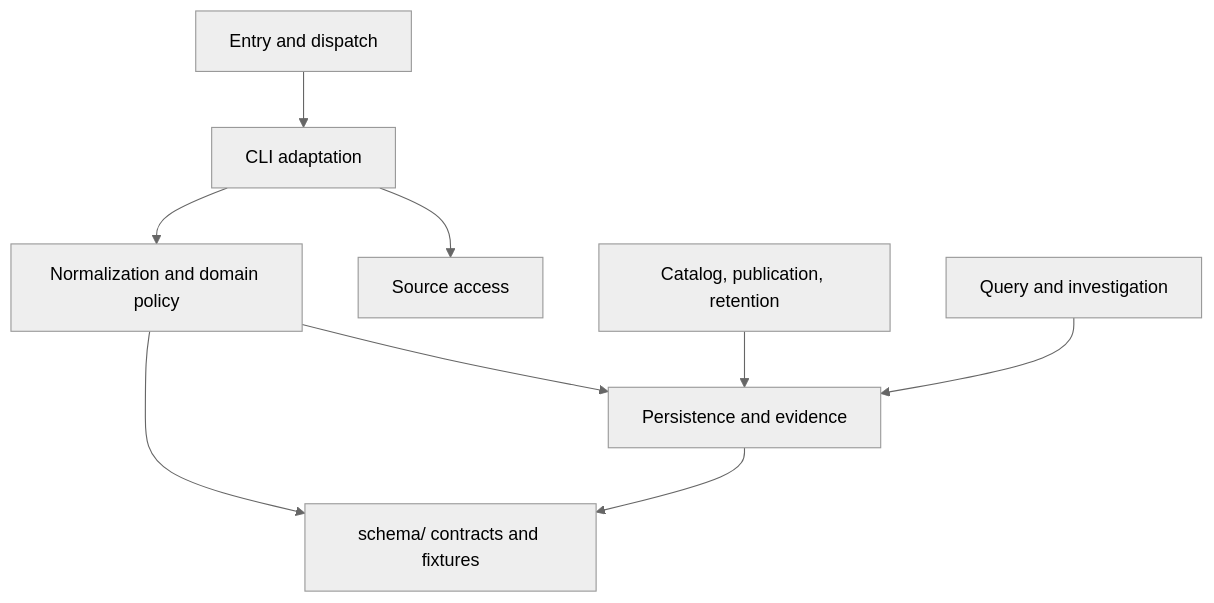
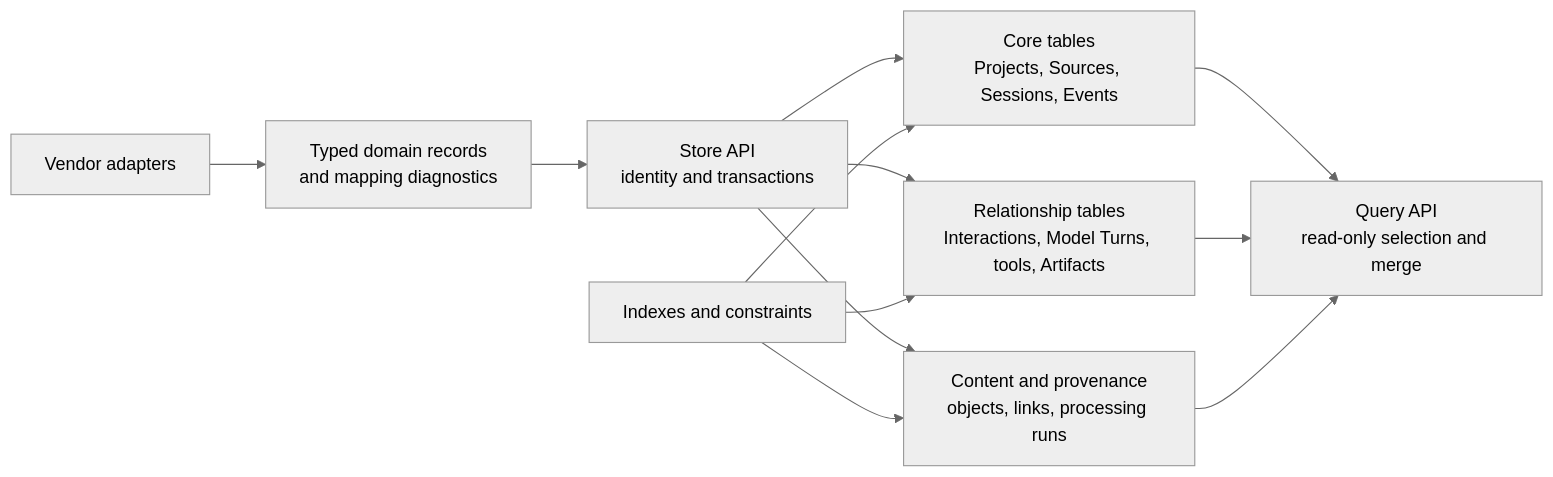
Before and after one commit to fear-ai/codess: the second of 2 diagrams in CoPlan.md, drawn with Mermaid (neutral theme). The commit also changed other lines of this file and 12 other files, not shown here.

````diff
--- a/CoPlan.md
+++ b/CoPlan.md
@@ -125,20 +112,22 @@
 ```mermaid
-flowchart TB
-    Entry["Entry and dispatch"]
-    CLI["CLI adaptation"]
-    Source["Source access"]
-    Domain["Normalization and domain policy"]
-    Persistence["Persistence and evidence"]
-    Admin["Catalog, publication, retention"]
-    Research["Query and investigation"]
-    Contracts["schema/ contracts and fixtures"]
+flowchart LR
+    Adapter["Vendor adapters"]
+    Domain["Typed domain records<br/>and mapping diagnostics"]
+    Writer["Store API<br/>identity and transactions"]
+    Core["Core tables<br/>Projects, Sources, Sessions, Events"]
+    Relations["Relationship tables<br/>Interactions, Model Turns, tools, Artifacts"]
+    Content["Content and provenance<br/>objects, links, processing runs"]
+    Indexes["Indexes and constraints"]
+    Reader["Query API<br/>read-only selection and merge"]
 
-    Entry --> CLI
-    CLI --> Source
-    CLI --> Domain
-    Domain --> Persistence
-    Admin --> Persistence
-    Research --> Persistence
-    Persistence --> Contracts
-    Domain --> Contracts
+    Adapter --> Domain --> Writer
+    Writer --> Core
+    Writer --> Relations
+    Writer --> Content
+    Indexes --> Core
+    Indexes --> Relations
+    Indexes --> Content
+    Core --> Reader
+    Relations --> Reader
+    Content --> Reader
 ```
````
